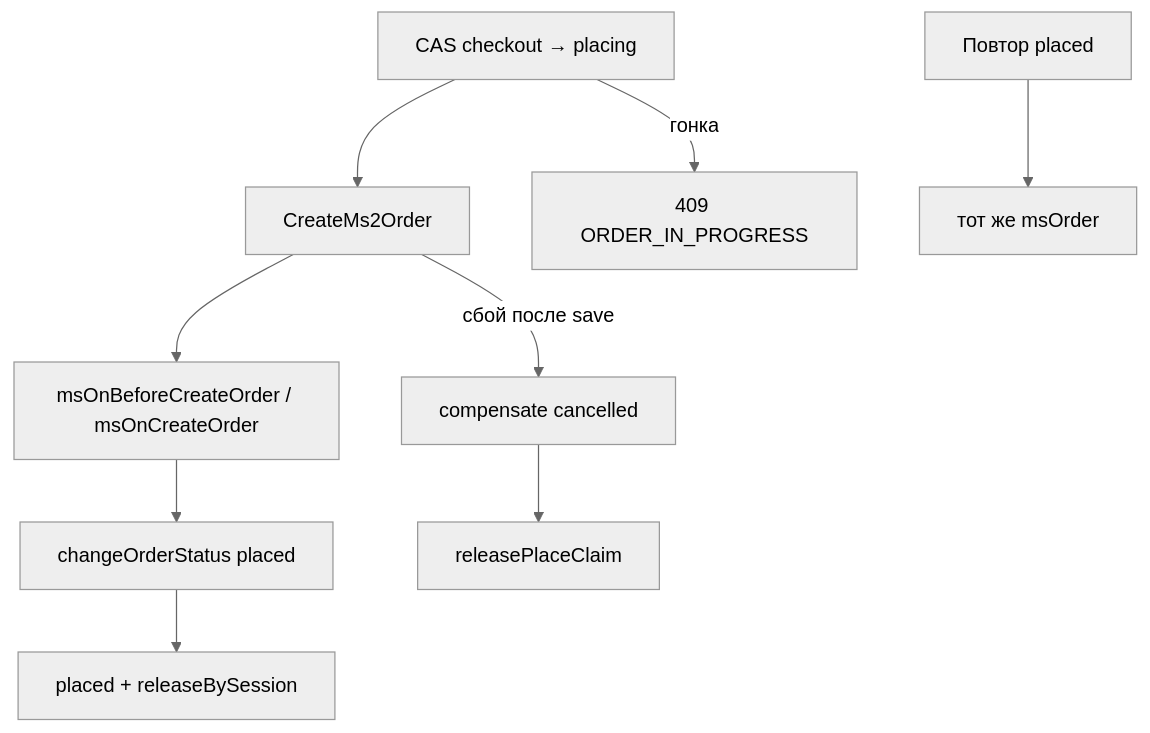
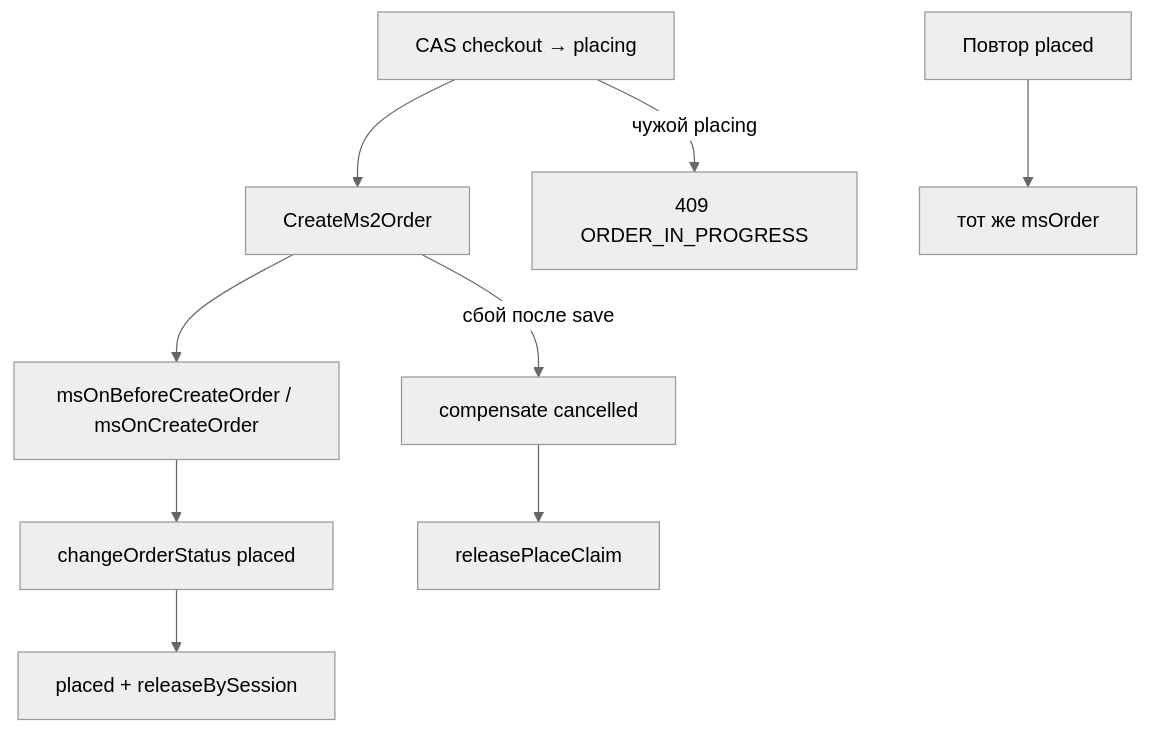
The diagram in docs/components/msyandexcommerce/checkout.md (modx-pro/Docs), drawn with Mermaid (neutral theme) before and after one commit. The commit also changed other lines of this file and 4 other files, not shown here.

````diff
--- a/docs/components/msyandexcommerce/checkout.md
+++ b/docs/components/msyandexcommerce/checkout.md
@@ -33,11 +67,11 @@
 ```mermaid
 flowchart TB
   Claim["CAS checkout → placing"] --> Create[CreateMs2Order]
   Create --> Events[msOnBeforeCreateOrder / msOnCreateOrder]
   Events --> Status[changeOrderStatus placed]
   Status --> Ok[placed + releaseBySession]
   Create -->|сбой после save| Comp[compensate cancelled]
   Comp --> Release[releasePlaceClaim]
-  Claim -->|гонка| Conflict["409 ORDER_IN_PROGRESS"]
+  Claim -->|чужой placing| Conflict["409 ORDER_IN_PROGRESS"]
   Repeat[Повтор placed] --> Idem[тот же msOrder]
 ```
````
